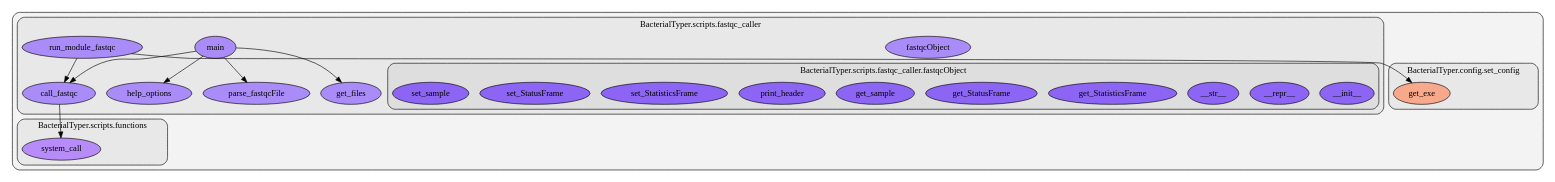
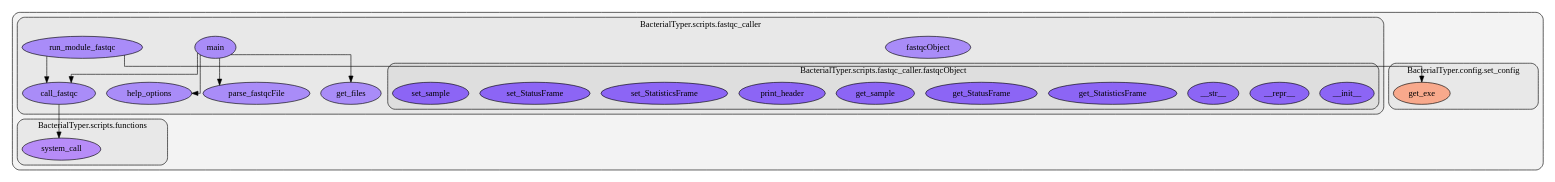
Before and after one commit to HCGB-IGTP/BacterialTyper: the diagram in docs/source/images/python_graph/scripts/fastqc_caller.dot, drawn with Graphviz. The commit also changed 42 other files, not shown here.

```diff
--- a/docs/source/images/python_graph/scripts/fastqc_caller.dot
+++ b/docs/source/images/python_graph/scripts/fastqc_caller.dot
@@ -1,5 +1,5 @@
 digraph G {
-    graph [spilines=ortho, rankdir=TB, clusterrank="local"];
+    graph [splines=ortho, rankdir=TB, clusterrank="local"];
     subgraph cluster_G {
 
         graph [style="filled,rounded",fillcolor="#80808018", label=""];
@@ -311,21 +311,21 @@
             graph [style="filled,rounded",fillcolor="#80808018", label="BacterialTyper.scripts.functions"];
         }
     }
+        BacterialTyper__scripts__fastqc_caller__fastqcObject -> BacterialTyper__scripts__fastqc_caller__fastqcObject__set_StatusFrame [style="dashed", color="#ffffff00"];
+        BacterialTyper__scripts__fastqc_caller__fastqcObject -> BacterialTyper__scripts__fastqc_caller__fastqcObject____init__ [style="dashed", color="#ffffff00"];
         BacterialTyper__scripts__fastqc_caller__fastqcObject -> BacterialTyper__scripts__fastqc_caller__fastqcObject__get_StatusFrame [style="dashed", color="#ffffff00"];
+        BacterialTyper__scripts__fastqc_caller__fastqcObject -> BacterialTyper__scripts__fastqc_caller__fastqcObject____str__ [style="dashed", color="#ffffff00"];
         BacterialTyper__scripts__fastqc_caller__fastqcObject -> BacterialTyper__scripts__fastqc_caller__fastqcObject__print_header [style="dashed", color="#ffffff00"];
         BacterialTyper__scripts__fastqc_caller__fastqcObject -> BacterialTyper__scripts__fastqc_caller__fastqcObject__set_StatisticsFrame [style="dashed", color="#ffffff00"];
         BacterialTyper__scripts__fastqc_caller__fastqcObject -> BacterialTyper__scripts__fastqc_caller__fastqcObject__set_sample [style="dashed", color="#ffffff00"];
         BacterialTyper__scripts__fastqc_caller__fastqcObject -> BacterialTyper__scripts__fastqc_caller__fastqcObject__get_StatisticsFrame [style="dashed", color="#ffffff00"];
         BacterialTyper__scripts__fastqc_caller__fastqcObject -> BacterialTyper__scripts__fastqc_caller__fastqcObject__get_sample [style="dashed", color="#ffffff00"];
         BacterialTyper__scripts__fastqc_caller__fastqcObject -> BacterialTyper__scripts__fastqc_caller__fastqcObject____repr__ [style="dashed", color="#ffffff00"];
-        BacterialTyper__scripts__fastqc_caller__fastqcObject -> BacterialTyper__scripts__fastqc_caller__fastqcObject__set_StatusFrame [style="dashed", color="#ffffff00"];
-        BacterialTyper__scripts__fastqc_caller__fastqcObject -> BacterialTyper__scripts__fastqc_caller__fastqcObject____str__ [style="dashed", color="#ffffff00"];
-        BacterialTyper__scripts__fastqc_caller__fastqcObject -> BacterialTyper__scripts__fastqc_caller__fastqcObject____init__ [style="dashed", color="#ffffff00"];
         BacterialTyper__scripts__fastqc_caller__call_fastqc -> BacterialTyper__scripts__functions__system_call [style="solid", color="#000000"];
         BacterialTyper__scripts__fastqc_caller__run_module_fastqc -> BacterialTyper__scripts__fastqc_caller__call_fastqc [style="solid", color="#000000"];
         BacterialTyper__scripts__fastqc_caller__run_module_fastqc -> BacterialTyper__config__set_config__get_exe [style="solid", color="#000000"];
-        BacterialTyper__scripts__fastqc_caller__main -> BacterialTyper__scripts__fastqc_caller__call_fastqc [style="solid", color="#000000"];
-        BacterialTyper__scripts__fastqc_caller__main -> BacterialTyper__scripts__fastqc_caller__parse_fastqcFile [style="solid", color="#000000"];
         BacterialTyper__scripts__fastqc_caller__main -> BacterialTyper__scripts__fastqc_caller__help_options [style="solid", color="#000000"];
         BacterialTyper__scripts__fastqc_caller__main -> BacterialTyper__scripts__fastqc_caller__get_files [style="solid", color="#000000"];
+        BacterialTyper__scripts__fastqc_caller__main -> BacterialTyper__scripts__fastqc_caller__parse_fastqcFile [style="solid", color="#000000"];
+        BacterialTyper__scripts__fastqc_caller__main -> BacterialTyper__scripts__fastqc_caller__call_fastqc [style="solid", color="#000000"];
     }
```
